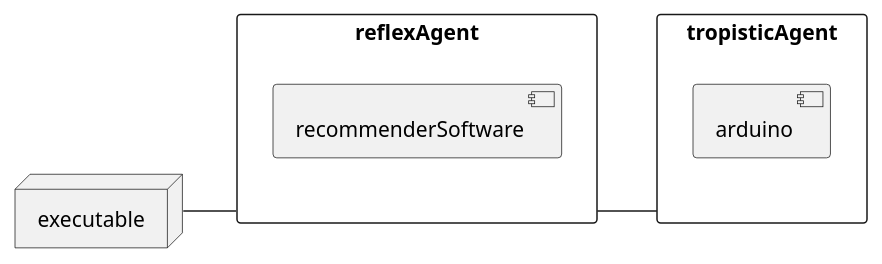
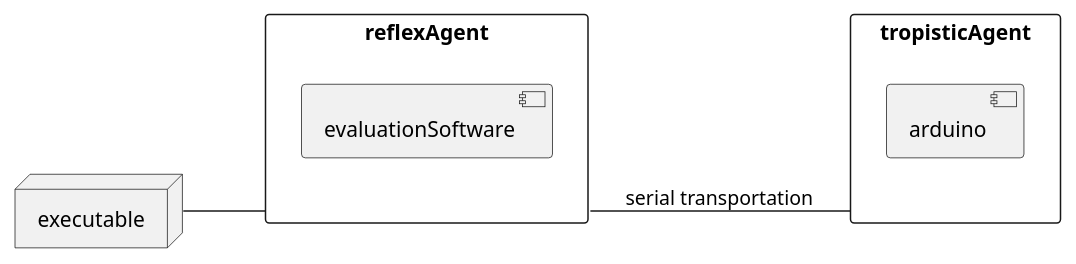
One commit to Ajmicco18/CSIS-5824-Applied-AI changed the diagram in UML Documents/reflexAgentDeploy.puml. Above: the diagram before and after it, drawn with PlantUML. The commit also changed 3 other files, not shown here.

Commit message:
finished UML Diagrams

```diff
--- a/UML Documents/reflexAgentDeploy.puml
+++ b/UML Documents/reflexAgentDeploy.puml
@@ -1,19 +1,19 @@
 @startuml reflexAgentDeploy
 
 left to right direction
 
 node executable
 
 rectangle tropisticAgent {
      component arduino
 } 
 rectangle reflexAgent{
-    component recommenderSoftware
+    component evaluationSoftware
 }
 
 executable -- reflexAgent
-reflexAgent -- tropisticAgent
+reflexAgent -- tropisticAgent : serial transportation
 
     
 
 @enduml
```
